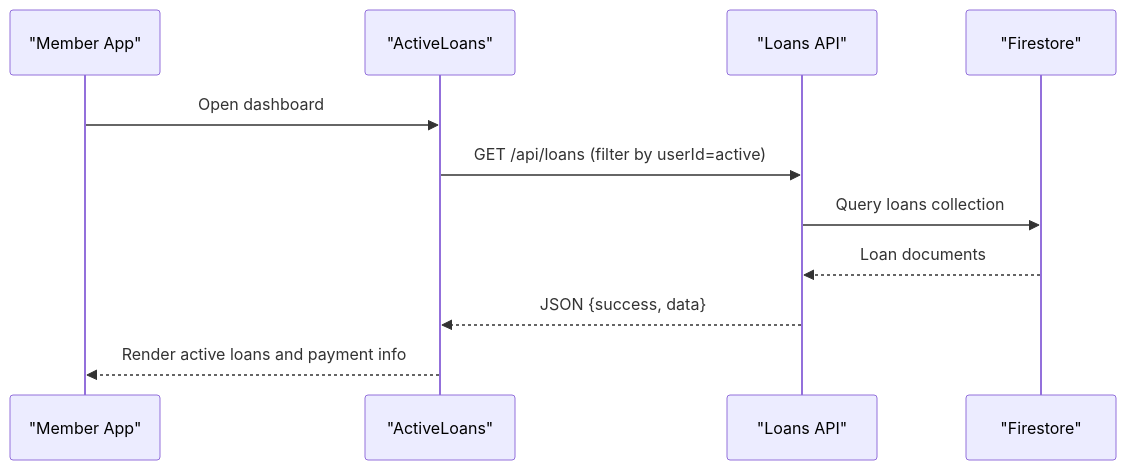
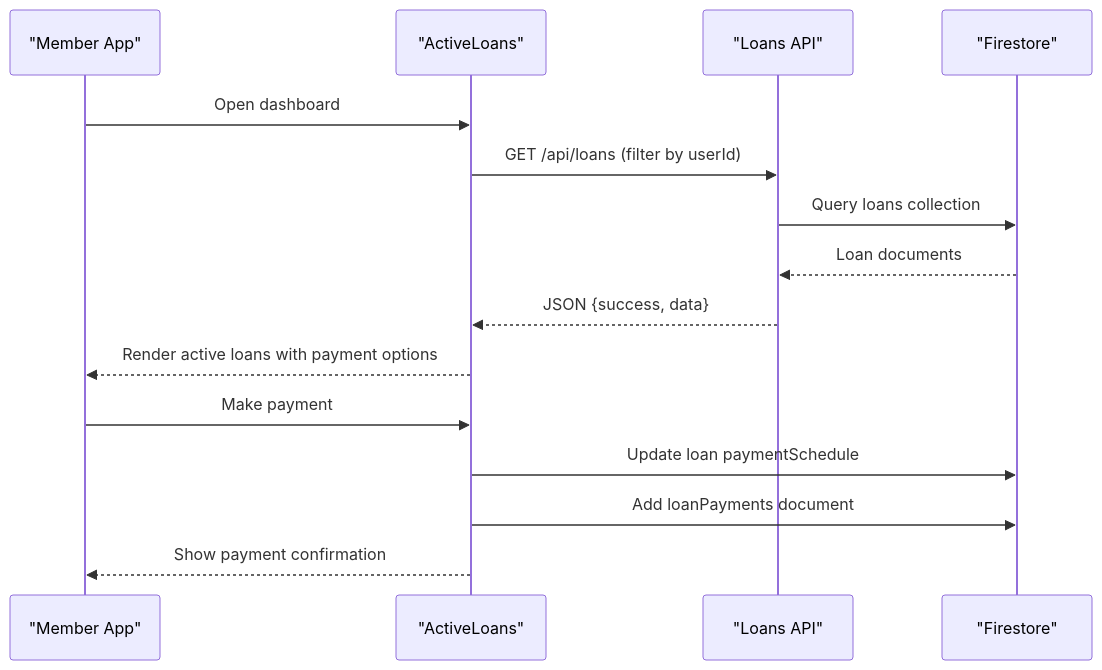
The second of 6 diagrams in .qoder/repowiki/en/content/Loan Management System/Loan Tracking and Monitoring.md (Unsure-bry/sampacoop_system), drawn with Mermaid before and after one commit. The commit also changed other lines of this file and 6 other files, not shown here.

````diff
--- a/.qoder/repowiki/en/content/Loan Management System/Loan Tracking and Monitoring.md
+++ b/.qoder/repowiki/en/content/Loan Management System/Loan Tracking and Monitoring.md
@@ -122,13 +129,17 @@
 ```mermaid
 sequenceDiagram
 participant Member as "Member App"
 participant Active as "ActiveLoans"
 participant API as "Loans API"
 participant Store as "Firestore"
 Member->>Active : Open dashboard
-Active->>API : GET /api/loans (filter by userId=active)
+Active->>API : GET /api/loans (filter by userId)
 API->>Store : Query loans collection
 Store-->>API : Loan documents
 API-->>Active : JSON {success, data}
-Active-->>Member : Render active loans and payment info
+Active-->>Member : Render active loans with payment options
+Member->>Active : Make payment
+Active->>Store : Update loan paymentSchedule
+Active->>Store : Add loanPayments document
+Active-->>Member : Show payment confirmation
 ```
````
